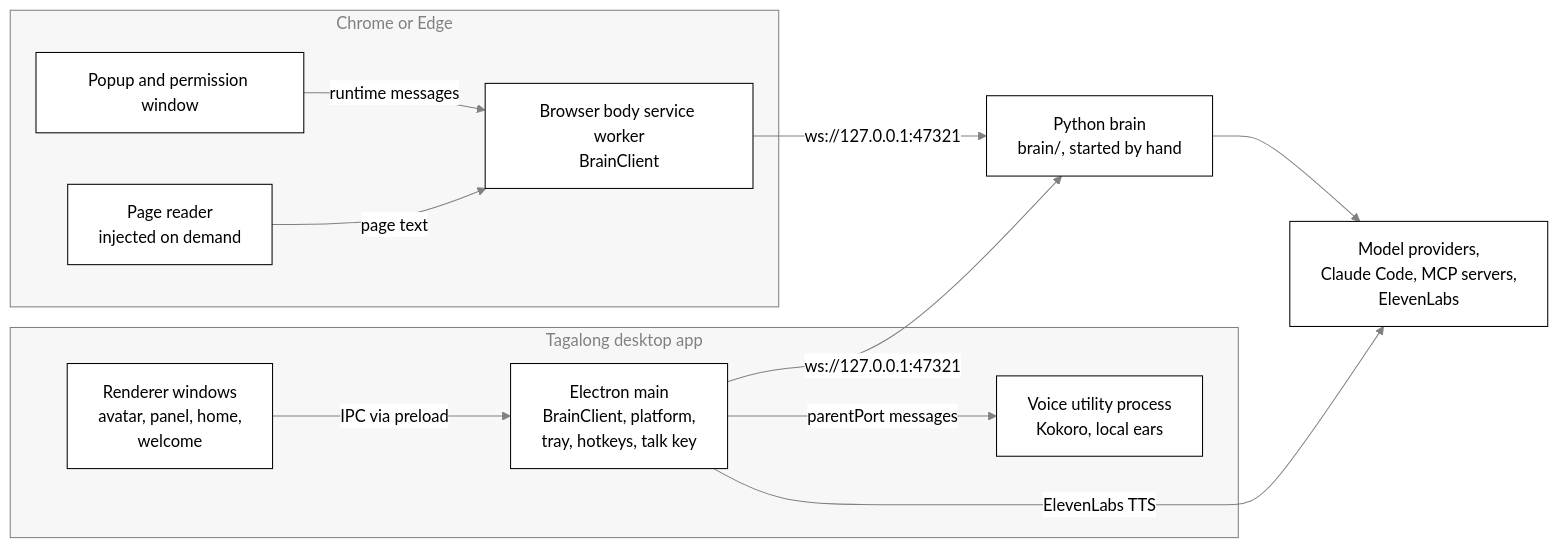
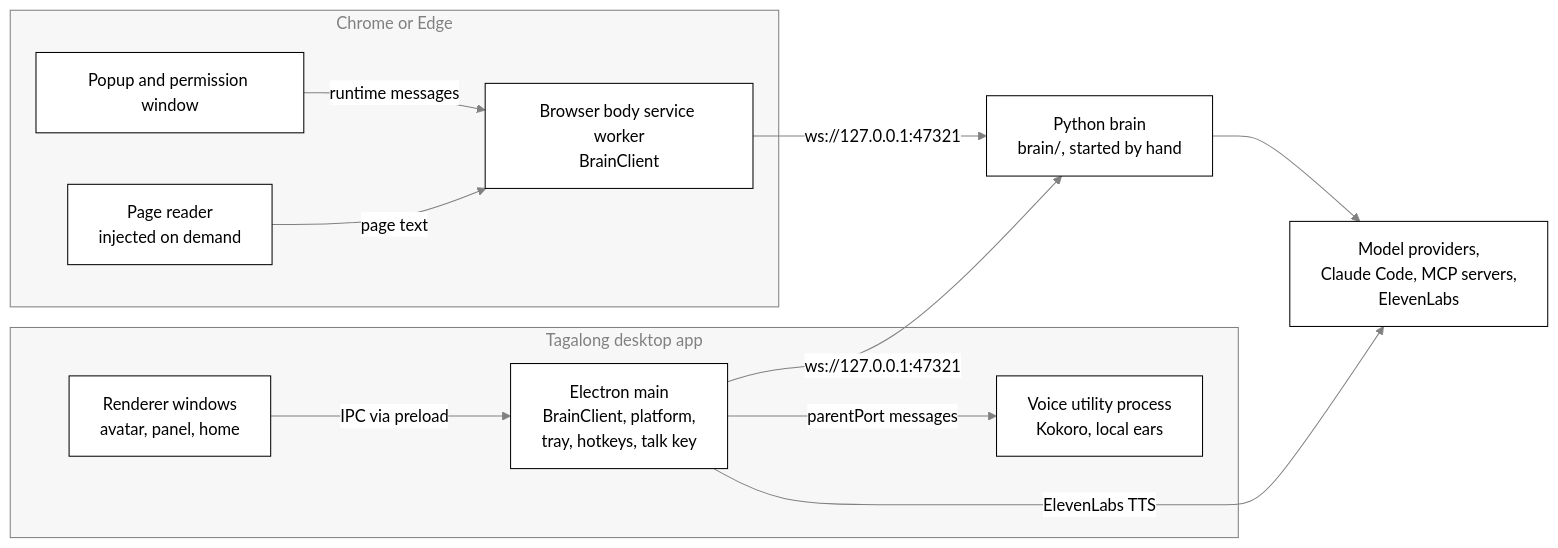
One commit to nadeem4/tagalong changed the first of 4 diagrams in docs/architecture.md. Above: the diagram before and after it, drawn with Mermaid. The commit also changed other lines of this file and 89 other files, not shown here.

````diff
--- a/docs/architecture.md
+++ b/docs/architecture.md
@@ -30,24 +30,24 @@
 ```mermaid
 %%{init: {"theme": "base", "themeVariables": {"primaryColor": "#ffffff", "primaryTextColor": "#000000", "primaryBorderColor": "#000000", "lineColor": "#808080", "secondaryColor": "#f2f2f2", "tertiaryColor": "#ffffff", "clusterBkg": "#f7f7f7", "clusterBorder": "#808080", "edgeLabelBackground": "#ffffff", "titleColor": "#808080", "fontFamily": "Segoe UI, Helvetica, Arial, sans-serif"}}}%%
 flowchart LR
   subgraph Electron["Tagalong desktop app"]
-    R["Renderer windows<br>avatar, panel, home,<br>welcome"]
+    R["Renderer windows<br>avatar, panel, home"]
     M["Electron main<br>BrainClient, platform,<br>tray, hotkeys, talk key"]
     V["Voice utility process<br>Kokoro, local ears"]
   end
   subgraph Chrome["Chrome or Edge"]
     SW["Browser body service worker<br>BrainClient"]
     PU["Popup and permission window"]
     CS["Page reader<br>injected on demand"]
   end
   P["Python brain<br>brain/, started by hand"]
   X["Model providers,<br>Claude Code, MCP servers,<br>ElevenLabs"]
   R -- "IPC via preload" --> M
   M -- "ws://127.0.0.1:47321" --> P
   M -- "parentPort messages" --> V
   SW -- "ws://127.0.0.1:47321" --> P
   PU -- "runtime messages" --> SW
   CS -- "page text" --> SW
   P --> X
   M -- "ElevenLabs TTS" --> X
 ```
````
